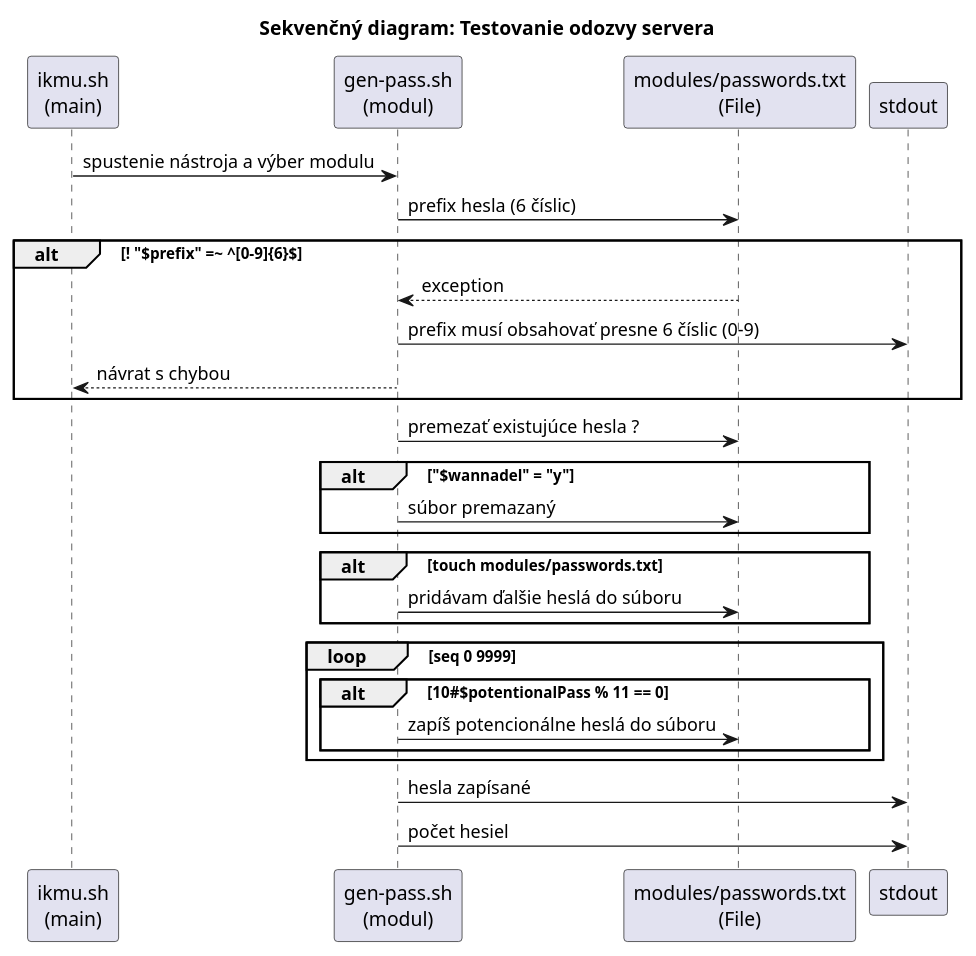
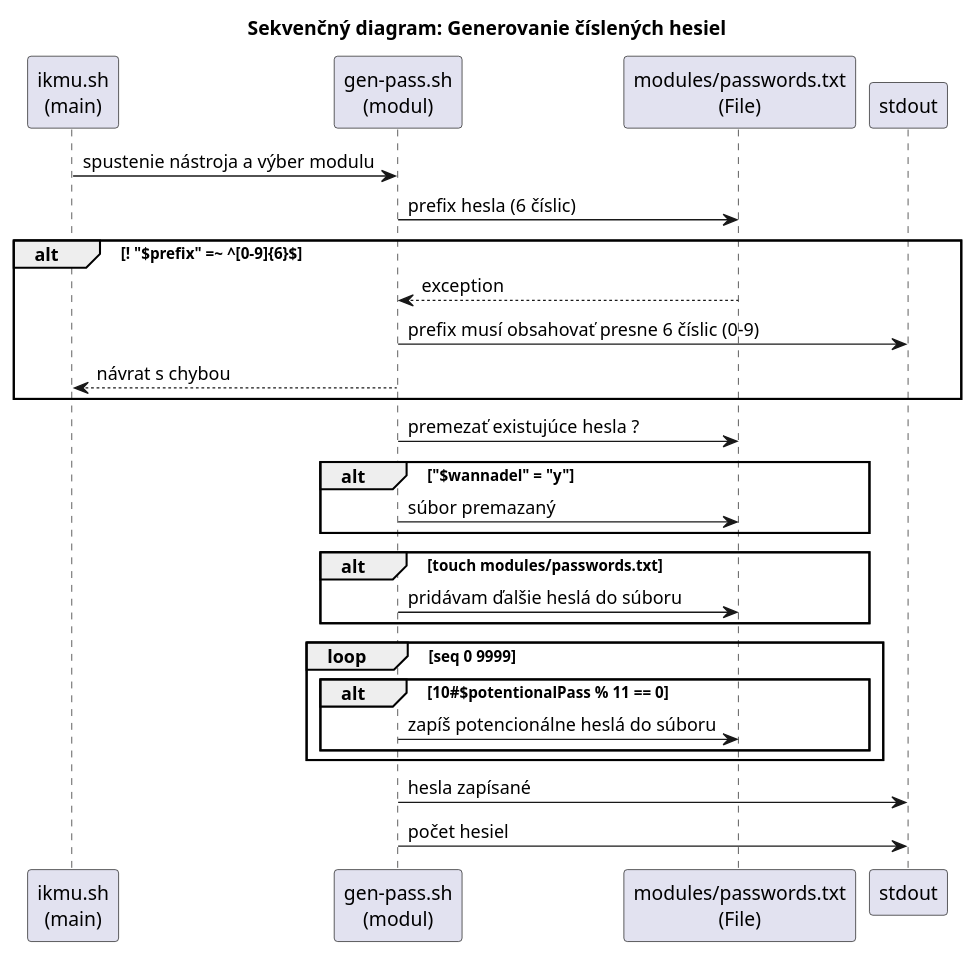
The diagram in diagrams/sequence_diagram_gen_pass.puml (majohlavacka/Diplomova-praca), drawn with PlantUML before and after one commit. The commit also changed 5 other files, not shown here.

Commit message:
Diagrams

```diff
--- a/diagrams/sequence_diagram_gen_pass.puml
+++ b/diagrams/sequence_diagram_gen_pass.puml
@@ -1,38 +1,38 @@
 @startuml
-title Sekvenčný diagram: Testovanie odozvy servera
+title Sekvenčný diagram: Generovanie číslených hesiel 
 
 participant "ikmu.sh\n(main)" as IKMU
 participant "gen-pass.sh\n(modul)" as Modul
 participant "modules/passwords.txt\n(File)" as File
 participant "stdout" as Console
 
 
 IKMU -> Modul : spustenie nástroja a výber modulu
 Modul -> File : prefix hesla (6 číslic)
 
 alt ! "$prefix" =~ ^[0-9]{6}$
   File --> Modul : exception
   Modul -> Console : prefix musí obsahovať presne 6 číslic (0-9)
   Modul --> IKMU : návrat s chybou 
 end
 
 Modul -> File : premezať existujúce hesla ?
 
 alt "$wannadel" = "y" 
   Modul -> File : súbor premazaný
 end
 
 alt touch modules/passwords.txt
   Modul -> File : pridávam ďalšie heslá do súboru
 end
 
 loop seq 0 9999
   alt 10#$potentionalPass % 11 == 0
     Modul -> File : zapíš potencionálne heslá do súboru
   end
 end
 
 Modul -> Console : hesla zapísané
 Modul -> Console : počet hesiel
 
 @enduml
```
